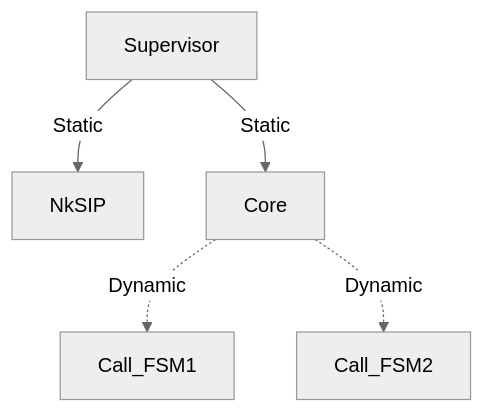
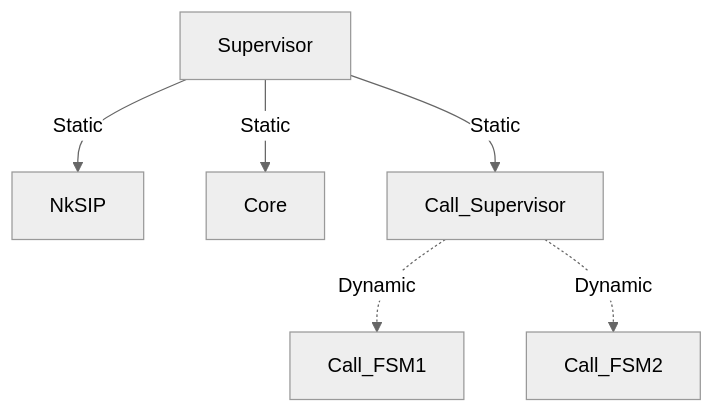
The second of 3 diagrams in README.md (gr1d28/voip_server), drawn with Mermaid (neutral theme) before and after one commit. The commit also changed 12 other files, not shown here.

````diff
--- a/README.md
+++ b/README.md
@@ -31,7 +31,8 @@
 ```mermaid
 graph TD;
-    Supervisor--Static-->NkSIP;
+    Supervisor --Static-->NkSIP;
     Supervisor --Static--> Core;
-    Core -.Dynamic.-> Call_FSM1;
-    Core -.Dynamic.-> Call_FSM2;
+    Supervisor --Static--> Call_Supervisor;
+    Call_Supervisor -.Dynamic.-> Call_FSM1;
+    Call_Supervisor -.Dynamic.-> Call_FSM2;
 ```
````
